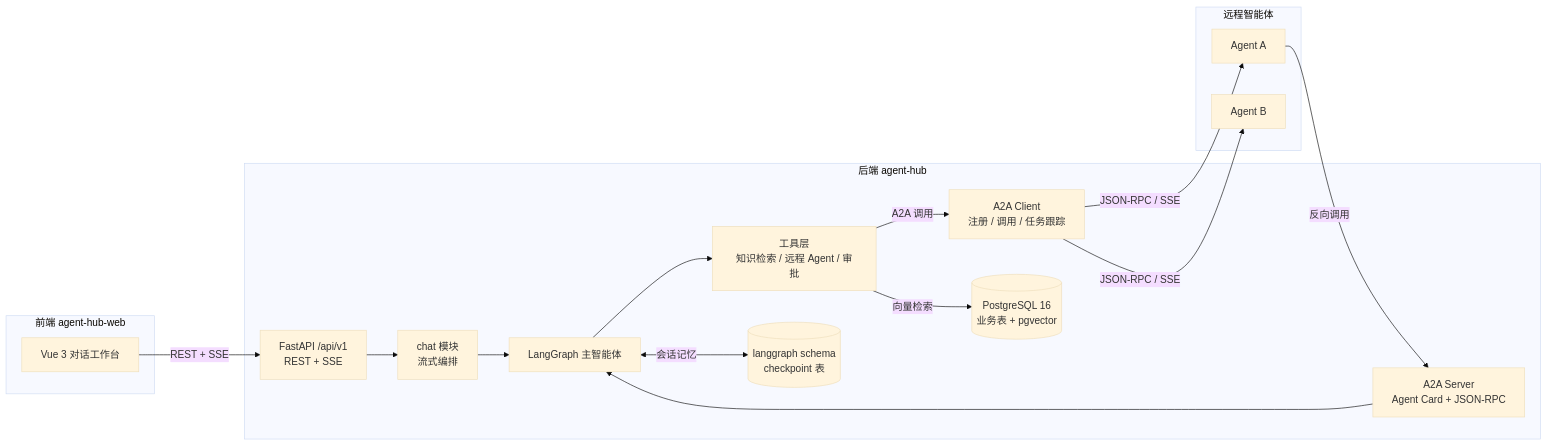
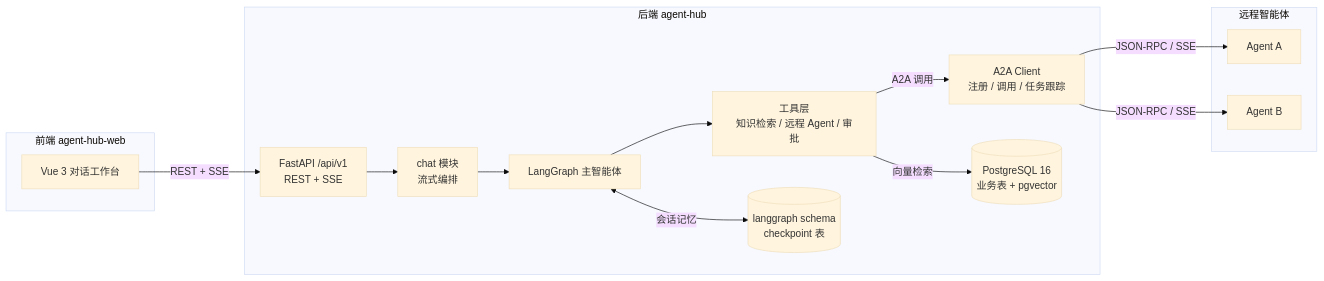
The diagram in README.md (notsocold/agent-hub), drawn with Mermaid (base theme) before and after one commit. The commit also changed other lines of this file and 18 other files, not shown here.

````diff
--- a/README.md
+++ b/README.md
@@ -29,34 +29,31 @@
 ```mermaid
 flowchart LR
     subgraph FE["前端 agent-hub-web"]
         UI["Vue 3 对话工作台"]
     end
 
     subgraph BE["后端 agent-hub"]
         API["FastAPI /api/v1<br/>REST + SSE"]
         CHAT["chat 模块<br/>流式编排"]
         GRAPH["LangGraph 主智能体"]
         TOOLS["工具层<br/>知识检索 / 远程 Agent / 审批"]
-        A2AS["A2A Server<br/>Agent Card + JSON-RPC"]
         A2AC["A2A Client<br/>注册 / 调用 / 任务跟踪"]
         DB[("PostgreSQL 16<br/>业务表 + pgvector")]
         CKPT[("langgraph schema<br/>checkpoint 表")]
     end
 
     subgraph REMOTE["远程智能体"]
         R1["Agent A"]
         R2["Agent B"]
     end
 
     UI -->|"REST + SSE"| API
     API --> CHAT
     CHAT --> GRAPH
     GRAPH --> TOOLS
     TOOLS -->|"向量检索"| DB
     TOOLS -->|"A2A 调用"| A2AC
     A2AC -->|"JSON-RPC / SSE"| R1
     A2AC -->|"JSON-RPC / SSE"| R2
     GRAPH <-->|"会话记忆"| CKPT
-    A2AS --> GRAPH
-    R1 -->|"反向调用"| A2AS
 ```
````
